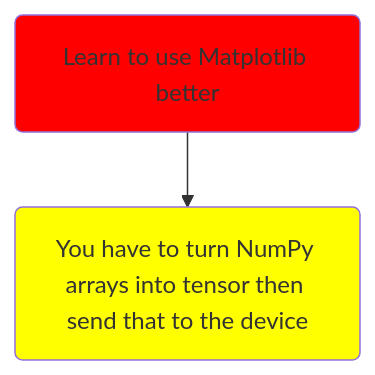
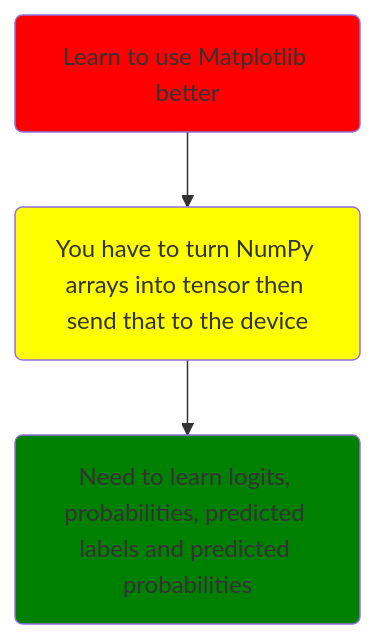
The diagram in README.md (ninjaofpython/pytorch_basics), drawn with Mermaid before and after one commit. The commit also changed 1 other file, not shown here.

Commit message:
Testing and training loops

````diff
--- a/README.md
+++ b/README.md
@@ -1,14 +1,20 @@
 ```mermaid
     flowchart TD
     
     id(Learn to use Matplotlib better)
 
     style id fill:red
 
     id2(You have to turn NumPy arrays into tensor then send that to the device)
 
     style id2 fill:yellow
 
     id-->id2
 
+    id3(Need to learn logits, probabilities, predicted labels and predicted probabilities)
+
+    style id3 fill:green
+
+    id2-->id3 
+
 ```
````
